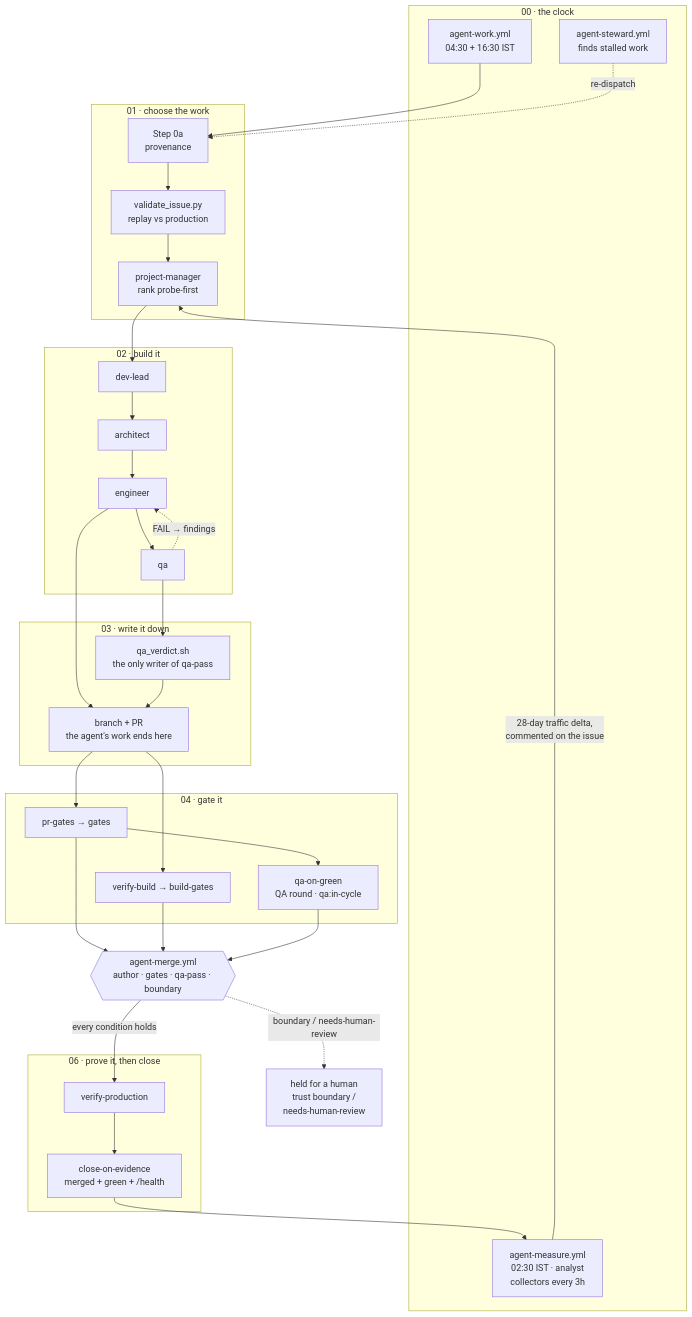
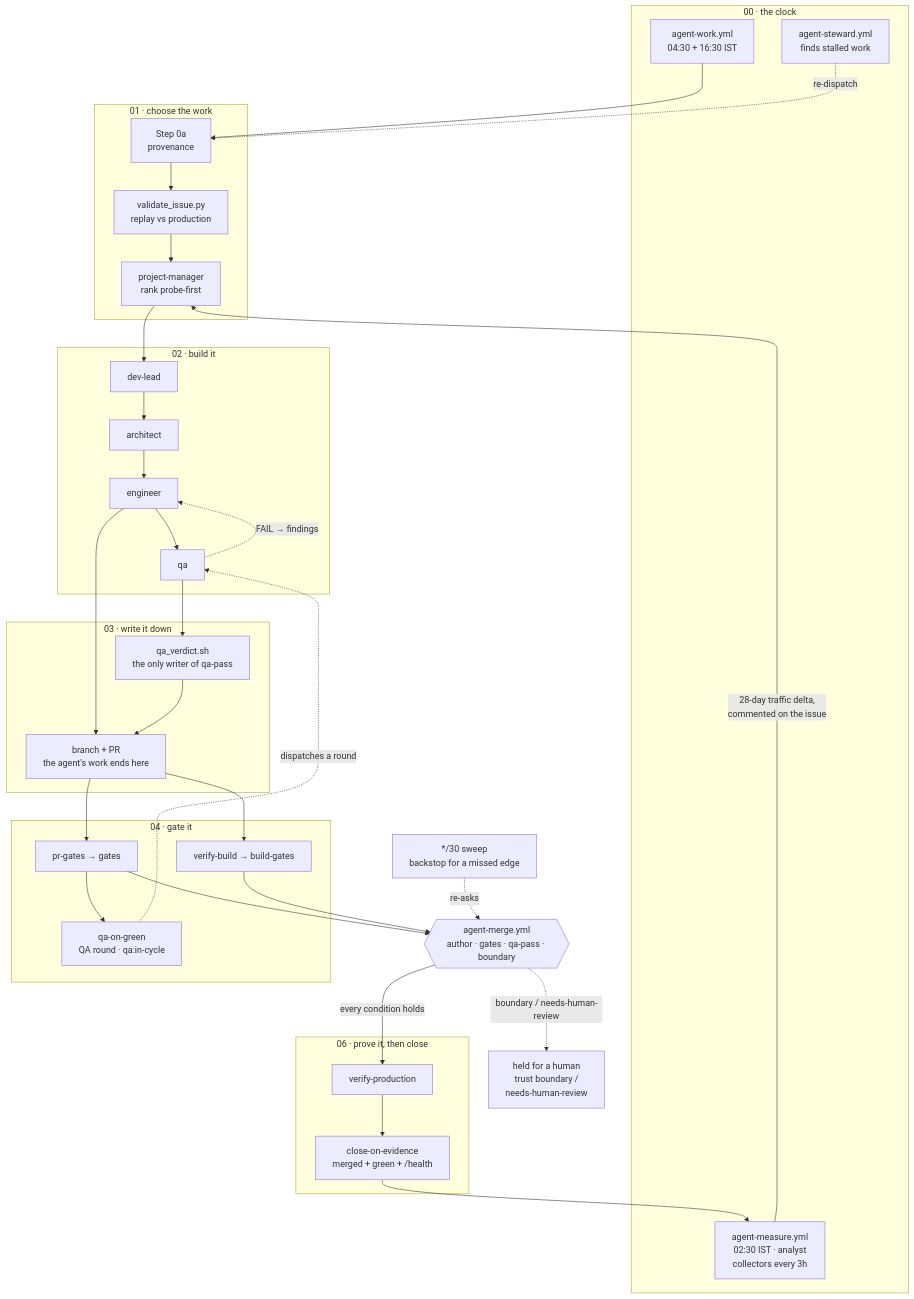
Before and after one commit to mahAnuj/astro-ai: the diagram in README.md, drawn with Mermaid. The commit also changed other lines of this file and 3 other files, not shown here.

````diff
--- a/README.md
+++ b/README.md
@@ -186,50 +186,53 @@
 ```mermaid
 flowchart TD
     subgraph CLOCK["00 · the clock"]
         W["agent-work.yml<br/>04:30 + 16:30 IST"]
         S["agent-steward.yml<br/>finds stalled work"]
         M["agent-measure.yml<br/>02:30 IST · analyst<br/>collectors every 3h"]
     end
 
     subgraph PICK["01 · choose the work"]
         P["Step 0a<br/>provenance"]
         V["validate_issue.py<br/>replay vs production"]
         R["project-manager<br/>rank probe-first"]
     end
 
     subgraph BUILD["02 · build it"]
         DL["dev-lead"] --> AR["architect"] --> EN["engineer"] --> QA["qa"]
         QA -. "FAIL → findings" .-> EN
     end
 
     subgraph WRITE["03 · write it down"]
         QV["qa_verdict.sh<br/>the only writer of qa-pass"]
         PR["branch + PR<br/>the agent's work ends here"]
     end
 
     subgraph GATE["04 · gate it"]
         G1["pr-gates → gates"]
         G2["verify-build → build-gates"]
         QG["qa-on-green<br/>QA round · qa:in-cycle"]
     end
 
+    SW["*/30 sweep<br/>backstop for a missed edge"]
     AM{{"agent-merge.yml<br/>author · gates · qa-pass · boundary"}}
     HOLD["held for a human<br/>trust boundary /<br/>needs-human-review"]
 
     subgraph PROVE["06 · prove it, then close"]
         VP["verify-production"]
         CE["close-on-evidence<br/>merged + green + /health"]
     end
 
     W --> P --> V --> R --> DL
     S -. "re-dispatch" .-> P
     EN --> PR
     QA --> QV --> PR
     PR --> G1 & G2
     G1 --> QG
-    G1 & G2 & QG --> AM
+    G1 & G2 --> AM
+    QG -. "dispatches a round" .-> QA
+    SW -. "re-asks" .-> AM
     AM -- "every condition holds" --> VP --> CE
     AM -. "boundary / needs-human-review" .-> HOLD
     CE --> M
     M -- "28-day traffic delta,<br/>commented on the issue" --> R
 ```
````
